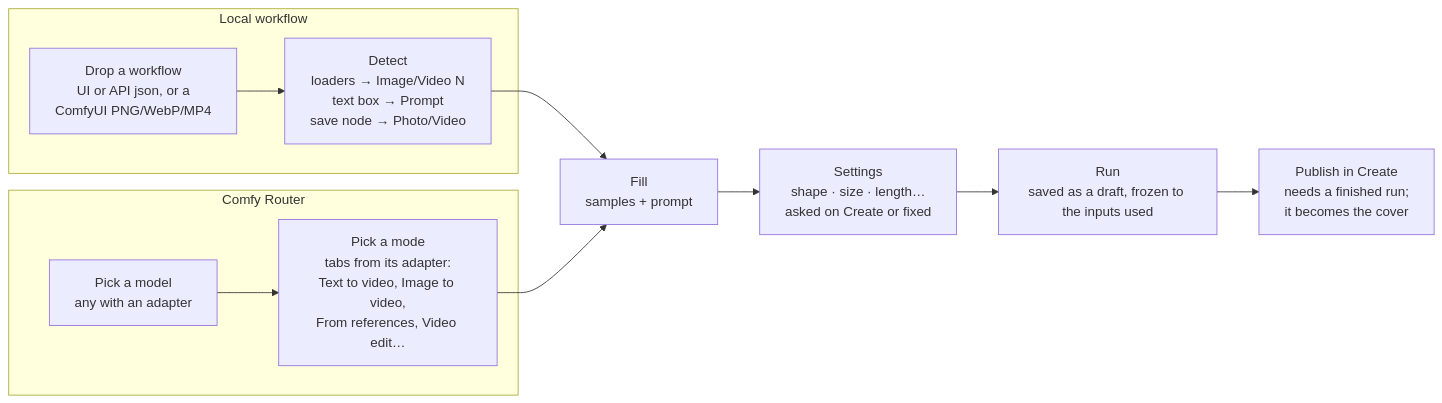
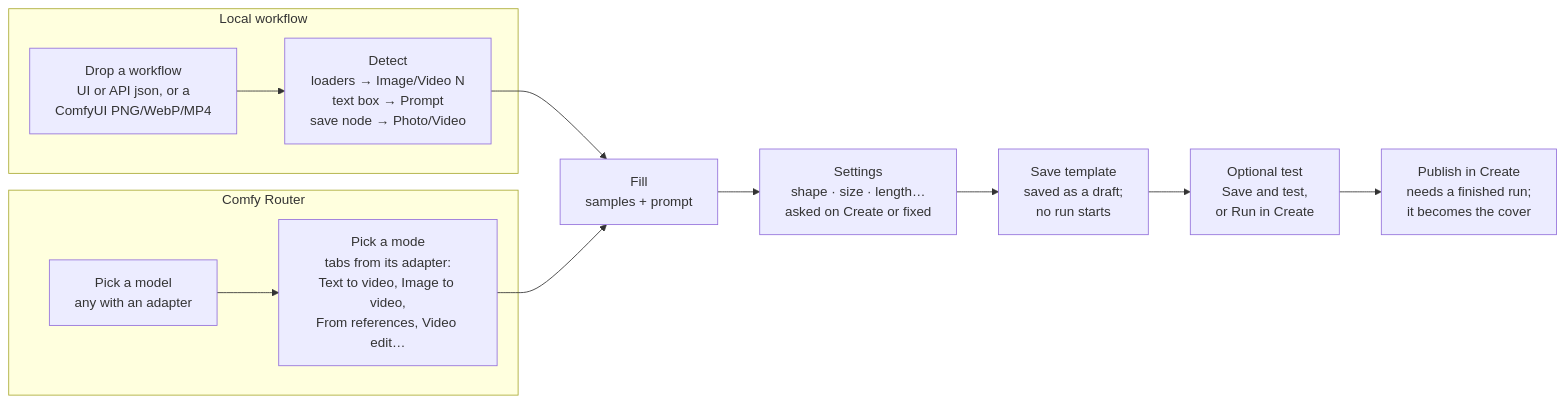
The first of 2 diagrams in docs/TEMPLATES.md (GETHUK-BIGEMPEROR/OpenIllusion), drawn with Mermaid before and after one commit. The commit also changed other lines of this file and 49 other files, not shown here.

````diff
--- a/docs/TEMPLATES.md
+++ b/docs/TEMPLATES.md
@@ -151,14 +182,15 @@
 ```mermaid
 flowchart LR
   subgraph Local["Local workflow"]
     D["Drop a workflow<br/>UI or API json, or a<br/>ComfyUI PNG/WebP/MP4"] --> DE["Detect<br/>loaders → Image/Video N<br/>text box → Prompt<br/>save node → Photo/Video"]
   end
   subgraph Cloud["Comfy Router"]
     M["Pick a model<br/>any with an adapter"] --> MO["Pick a mode<br/>tabs from its adapter:<br/>Text to video, Image to video,<br/>From references, Video edit…"]
   end
   DE --> F["Fill<br/>samples + prompt"]
   MO --> F
   F --> ST["Settings<br/>shape · size · length…<br/>asked on Create or fixed"]
-  ST --> RU["Run<br/>saved as a draft, frozen to the inputs used"]
+  ST --> SV["Save template<br/>saved as a draft;<br/>no run starts"]
+  SV --> RU["Optional test<br/>Save and test,<br/>or Run in Create"]
   RU --> PB["Publish in Create<br/>needs a finished run;<br/>it becomes the cover"]
 ```
````
